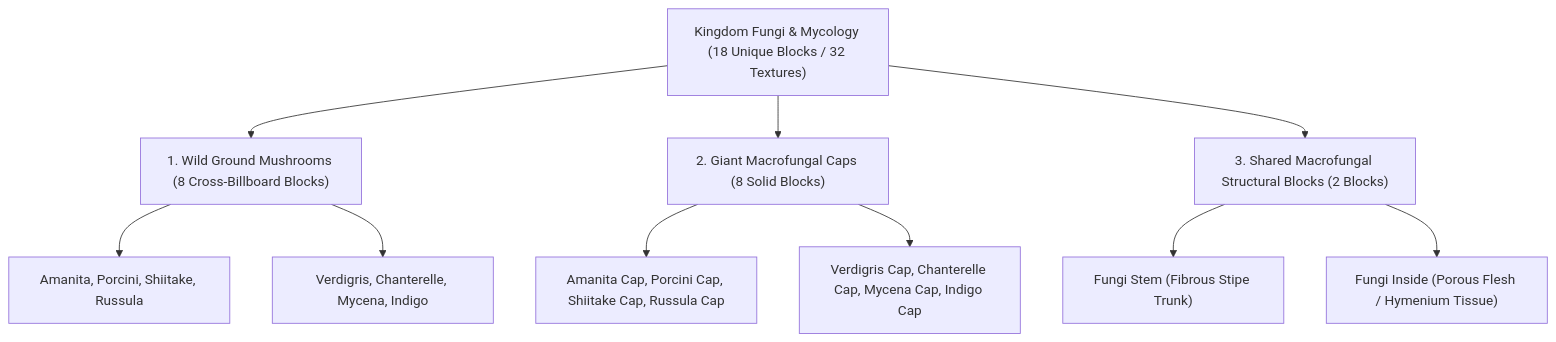
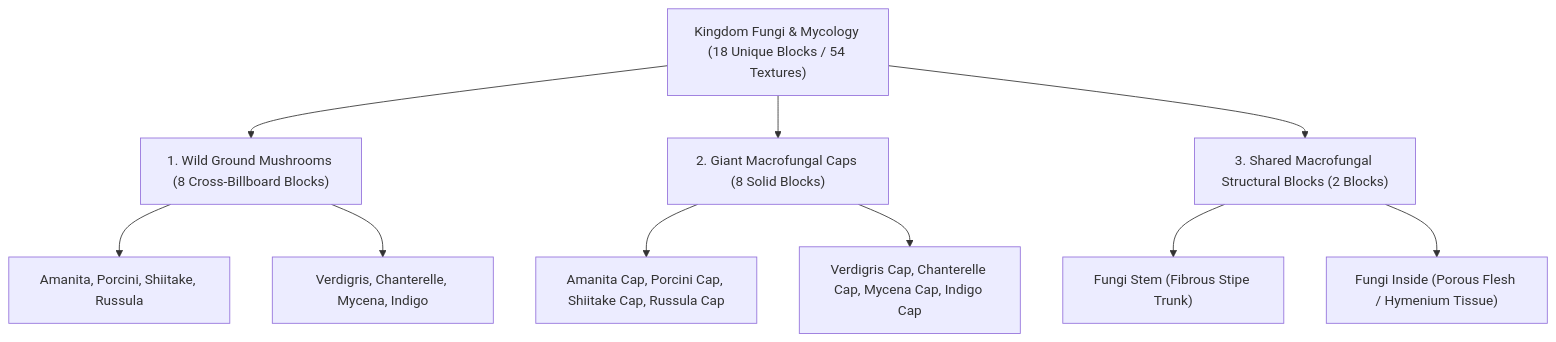
Before and after one commit to gabrtzweb/VoxelGameEngine: the diagram in docs/worldbuilding/blocks/mushrooms_design.md, drawn with Mermaid. The commit also changed other lines of this file and 373 other files, not shown here.

````diff
--- a/docs/worldbuilding/blocks/mushrooms_design.md
+++ b/docs/worldbuilding/blocks/mushrooms_design.md
@@ -17,15 +17,15 @@
 ```mermaid
 graph TD
-    F["Kingdom Fungi & Mycology (18 Unique Blocks / 32 Textures)"] --> C1["1. Wild Ground Mushrooms (8 Cross-Billboard Blocks)"]
+    F["Kingdom Fungi & Mycology (18 Unique Blocks / 54 Textures)"] --> C1["1. Wild Ground Mushrooms (8 Cross-Billboard Blocks)"]
     F --> C2["2. Giant Macrofungal Caps (8 Solid Blocks)"]
     F --> C3["3. Shared Macrofungal Structural Blocks (2 Blocks)"]
 
     C1 --> C1a["Amanita, Porcini, Shiitake, Russula"]
     C1 --> C1b["Verdigris, Chanterelle, Mycena, Indigo"]
 
     C2 --> C2a["Amanita Cap, Porcini Cap, Shiitake Cap, Russula Cap"]
     C2 --> C2b["Verdigris Cap, Chanterelle Cap, Mycena Cap, Indigo Cap"]
 
     C3 --> C3a["Fungi Stem (Fibrous Stipe Trunk)"]
     C3 --> C3b["Fungi Inside (Porous Flesh / Hymenium Tissue)"]
 ```
````
